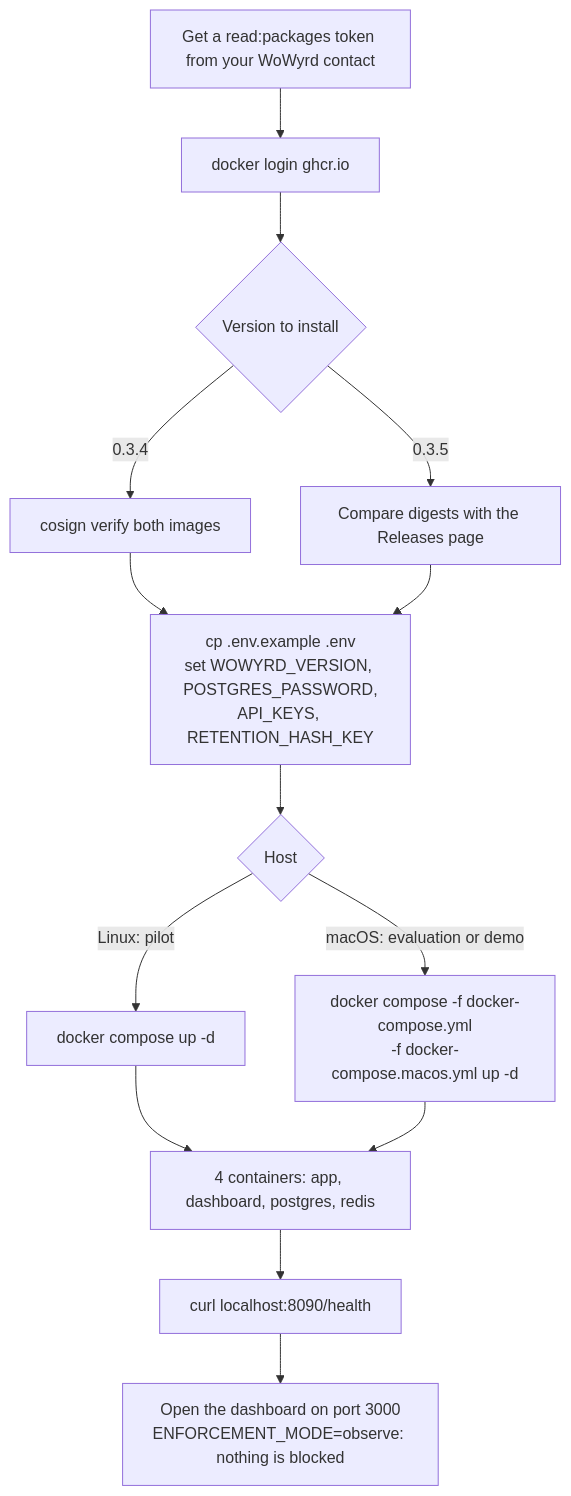
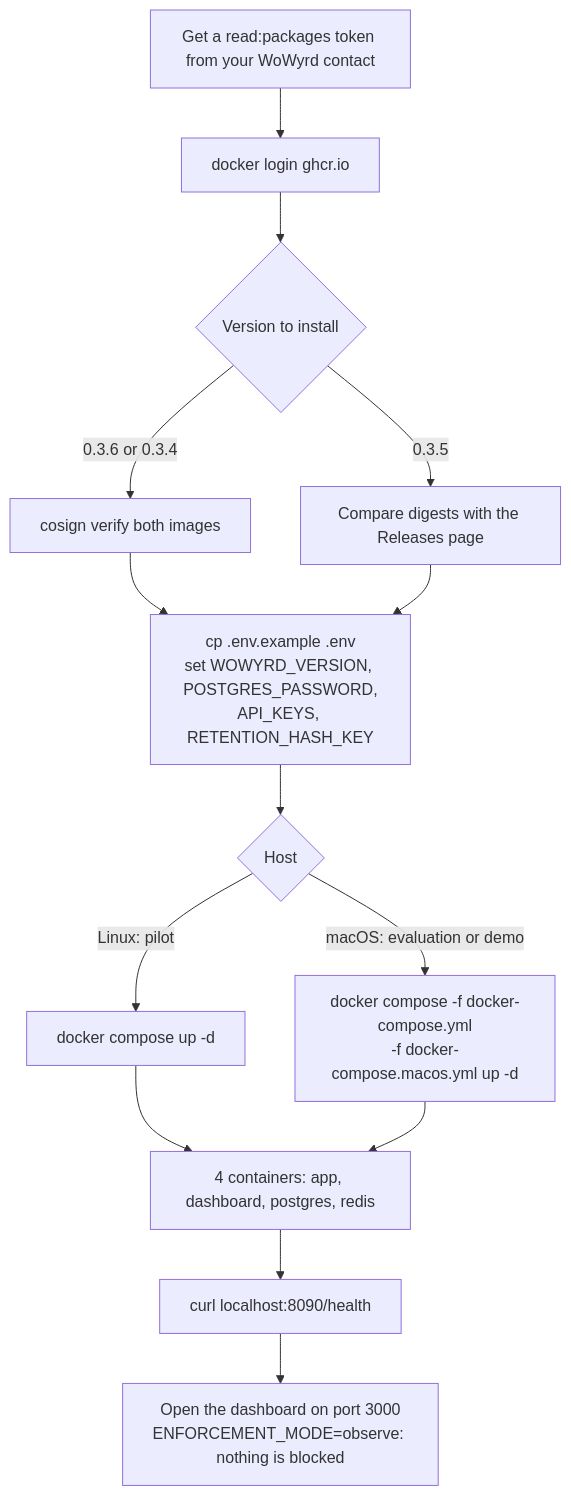
One commit to chavychaze/wowyrd-pub changed the first of 3 diagrams in INSTALL.md. Above: the diagram before and after it, drawn with Mermaid. The commit also changed other lines of this file and 8 other files, not shown here.

````diff
--- a/INSTALL.md
+++ b/INSTALL.md
@@ -35,16 +36,16 @@
 ```mermaid
 flowchart TD
     A[Get a read:packages token from your WoWyrd contact] --> B[docker login ghcr.io]
     B --> C{Version to install}
-    C -->|0.3.4| D[cosign verify both images]
+    C -->|0.3.6 or 0.3.4| D[cosign verify both images]
     C -->|0.3.5| E[Compare digests with the Releases page]
     D --> F[cp .env.example .env<br/>set WOWYRD_VERSION, POSTGRES_PASSWORD,<br/>API_KEYS, RETENTION_HASH_KEY]
     E --> F
     F --> G{Host}
     G -->|Linux: pilot| H[docker compose up -d]
     G -->|macOS: evaluation or demo| I[docker compose -f docker-compose.yml<br/>-f docker-compose.macos.yml up -d]
     H --> J[4 containers: app, dashboard, postgres, redis]
     I --> J
     J --> K[curl localhost:8090/health]
     K --> L[Open the dashboard on port 3000<br/>ENFORCEMENT_MODE=observe: nothing is blocked]
 ```
````
